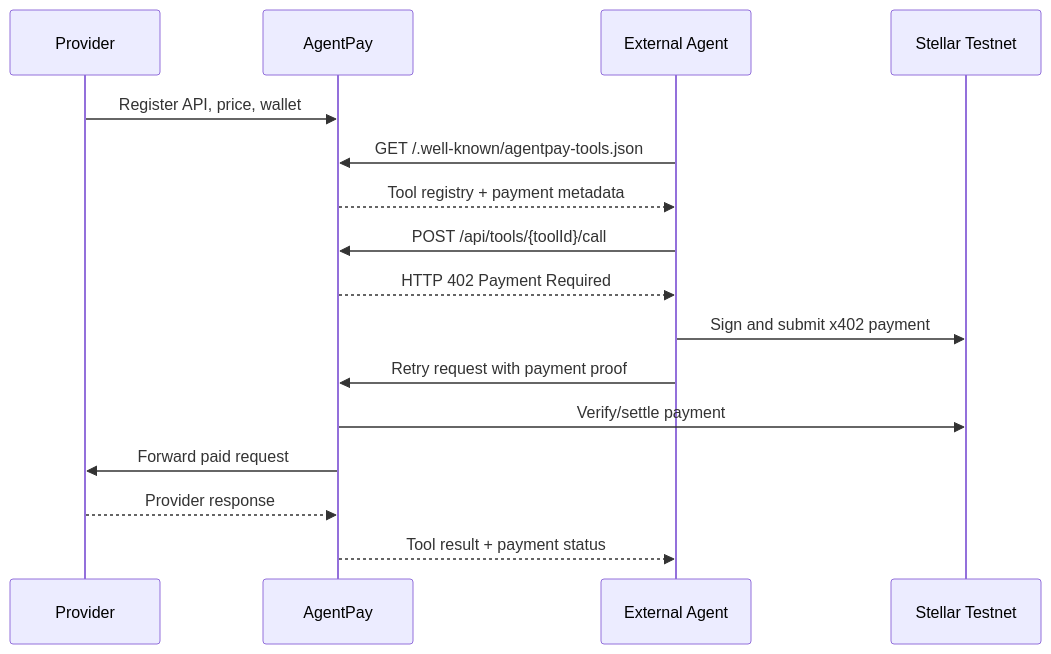
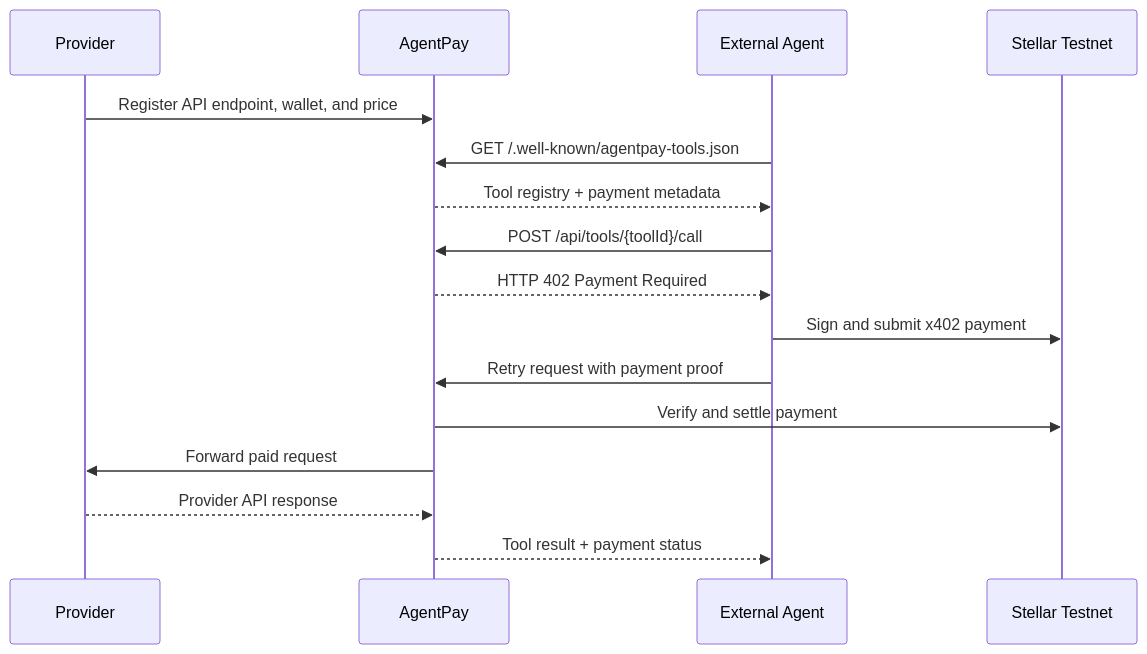
One commit to wildanniam/AgentPay changed the first of 2 diagrams in README.md. Above: the diagram before and after it, drawn with Mermaid. The commit also changed other lines of this file, not shown here.

````diff
--- a/README.md
+++ b/README.md
@@ -50,19 +96,19 @@
 ```mermaid
 sequenceDiagram
   participant Provider
   participant AgentPay
   participant Agent as External Agent
   participant Stellar as Stellar Testnet
 
-  Provider->>AgentPay: Register API, price, wallet
+  Provider->>AgentPay: Register API endpoint, wallet, and price
   Agent->>AgentPay: GET /.well-known/agentpay-tools.json
   AgentPay-->>Agent: Tool registry + payment metadata
   Agent->>AgentPay: POST /api/tools/{toolId}/call
   AgentPay-->>Agent: HTTP 402 Payment Required
   Agent->>Stellar: Sign and submit x402 payment
   Agent->>AgentPay: Retry request with payment proof
-  AgentPay->>Stellar: Verify/settle payment
+  AgentPay->>Stellar: Verify and settle payment
   AgentPay->>Provider: Forward paid request
-  Provider-->>AgentPay: Provider response
+  Provider-->>AgentPay: Provider API response
   AgentPay-->>Agent: Tool result + payment status
 ```
````
